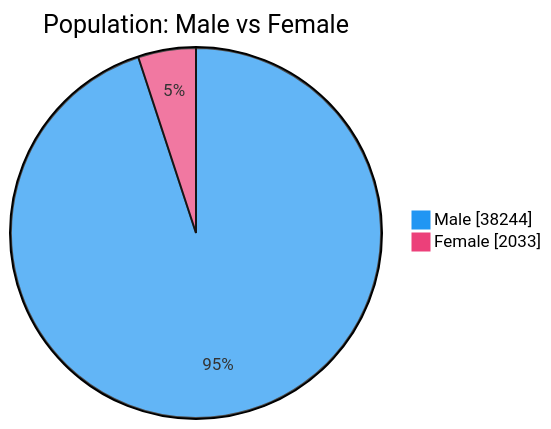
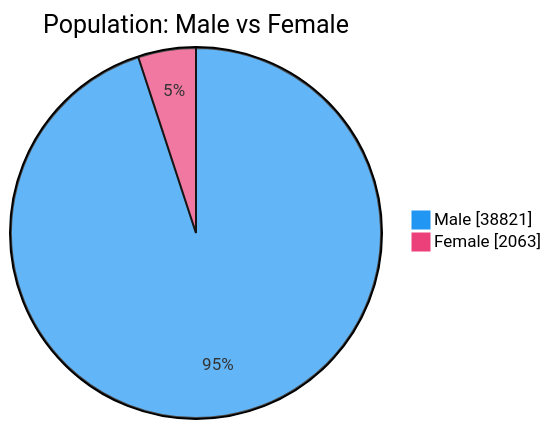
The second of 7 diagrams in README.md (nuuuwan/lk_prisons), drawn with Mermaid before and after one commit. The commit also changed other lines of this file and 1 other file, not shown here.

````diff
--- a/README.md
+++ b/README.md
@@ -54,6 +54,6 @@
 ```mermaid
 %%{init: {'themeVariables': {'pie1': '#2196F3', 'pie2': '#EC407A'}}}%%
 pie showData title Population: Male vs Female
-    "Male" : 38244
-    "Female" : 2033
+    "Male" : 38821
+    "Female" : 2063
 ```
````
